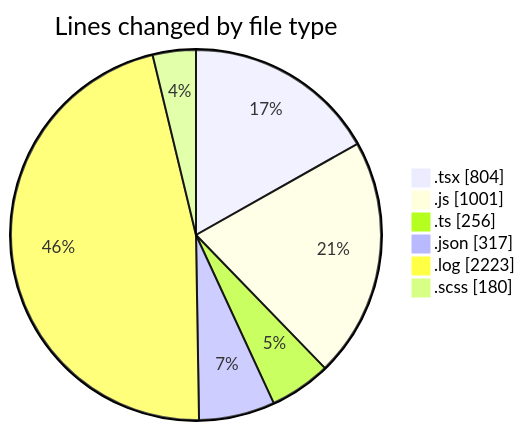
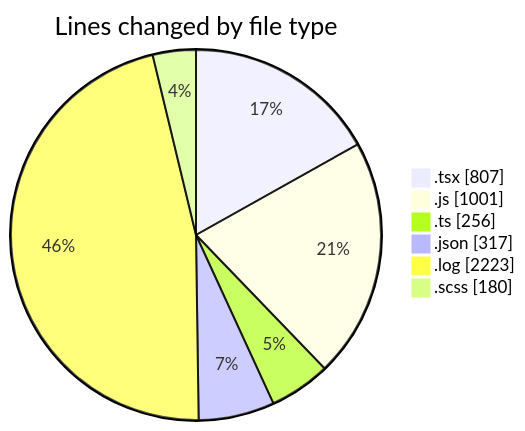
Before and after one commit to momahboobian/code-tracking: the first of 2 diagrams in 2026-04-17/cda/README.md, drawn with Mermaid. The commit also changed other lines of this file and 1 other file, not shown here.

````diff
--- a/2026-04-17/cda/README.md
+++ b/2026-04-17/cda/README.md
@@ -37,10 +37,10 @@
 ```mermaid
 pie showData
 title Lines changed by file type
-".tsx" : 804
+".tsx" : 807
 ".js" : 1001
 ".ts" : 256
 ".json" : 317
 ".log" : 2223
 ".scss" : 180
 ```
````
